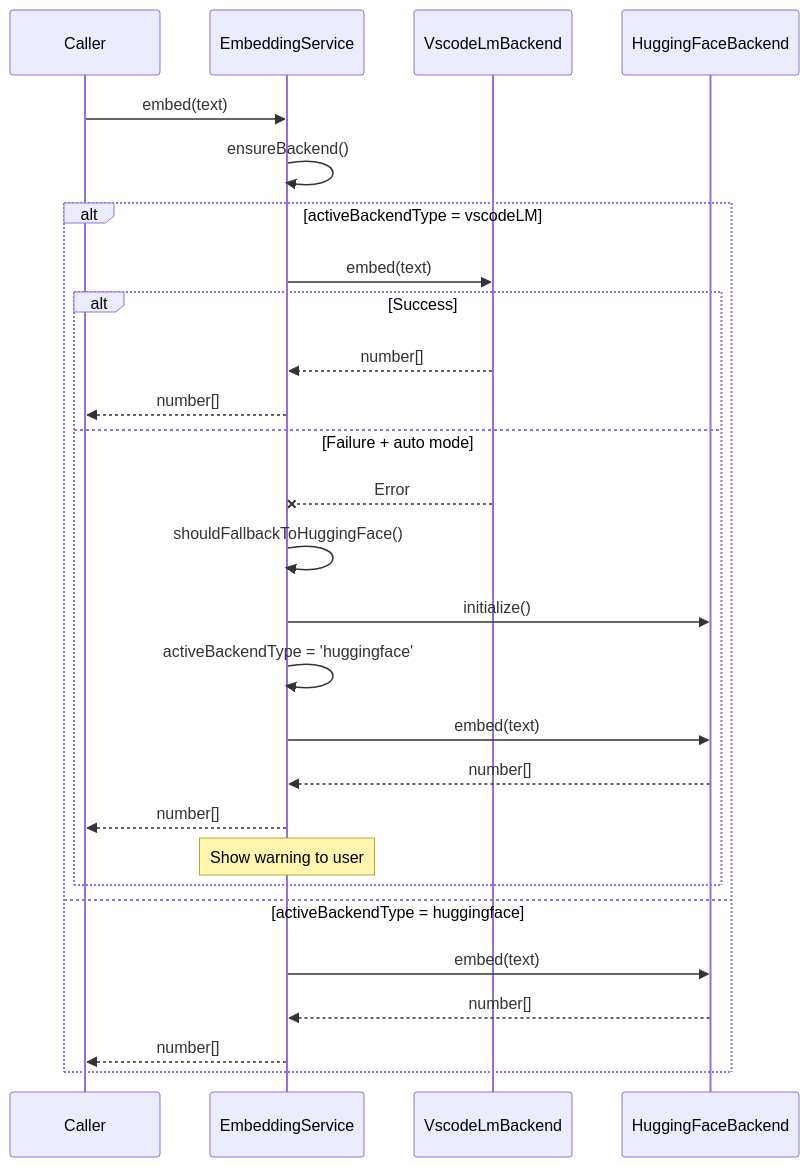
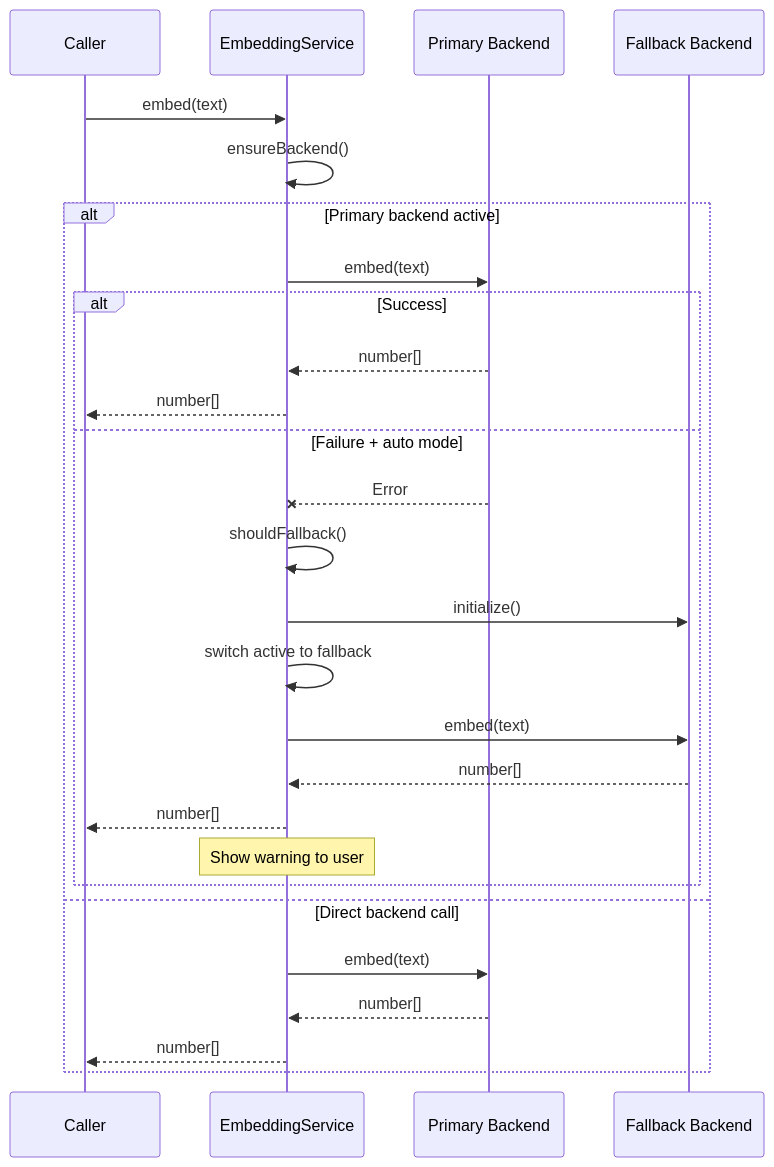
Before and after one commit to hyorman/RAGnarok: diagram 15 of 16 in ARCHITECTURE.md, drawn with Mermaid. The commit also changed other lines of this file and 157 other files, not shown here.

````diff
--- a/ARCHITECTURE.md
+++ b/ARCHITECTURE.md
@@ -936,31 +944,31 @@
 ```mermaid
 sequenceDiagram
     participant C as Caller
     participant ES as EmbeddingService
-    participant VLM as VscodeLmBackend
-    participant HF as HuggingFaceBackend
+    participant PB as Primary Backend
+    participant FB as Fallback Backend
 
     C->>ES: embed(text)
     ES->>ES: ensureBackend()
 
-    alt activeBackendType = vscodeLM
-        ES->>VLM: embed(text)
+    alt Primary backend active
+        ES->>PB: embed(text)
         alt Success
-            VLM-->>ES: number[]
+            PB-->>ES: number[]
             ES-->>C: number[]
         else Failure + auto mode
-            VLM--xES: Error
-            ES->>ES: shouldFallbackToHuggingFace()
-            ES->>HF: initialize()
-            ES->>ES: activeBackendType = 'huggingface'
-            ES->>HF: embed(text)
-            HF-->>ES: number[]
+            PB--xES: Error
+            ES->>ES: shouldFallback()
+            ES->>FB: initialize()
+            ES->>ES: switch active to fallback
+            ES->>FB: embed(text)
+            FB-->>ES: number[]
             ES-->>C: number[]
             Note over ES: Show warning to user
         end
-    else activeBackendType = huggingface
-        ES->>HF: embed(text)
-        HF-->>ES: number[]
+    else Direct backend call
+        ES->>PB: embed(text)
+        PB-->>ES: number[]
         ES-->>C: number[]
     end
 ```
````
